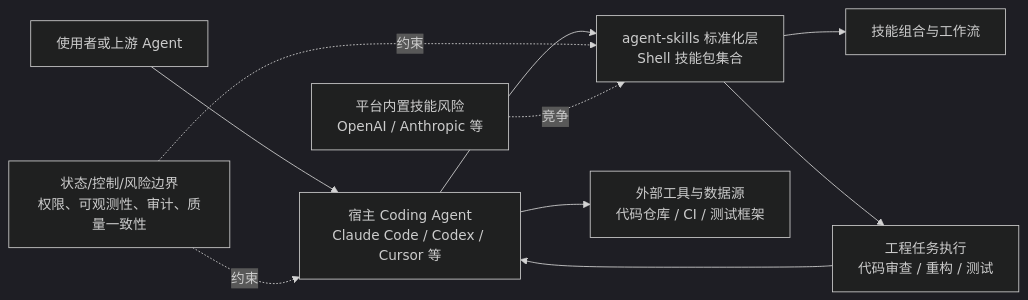
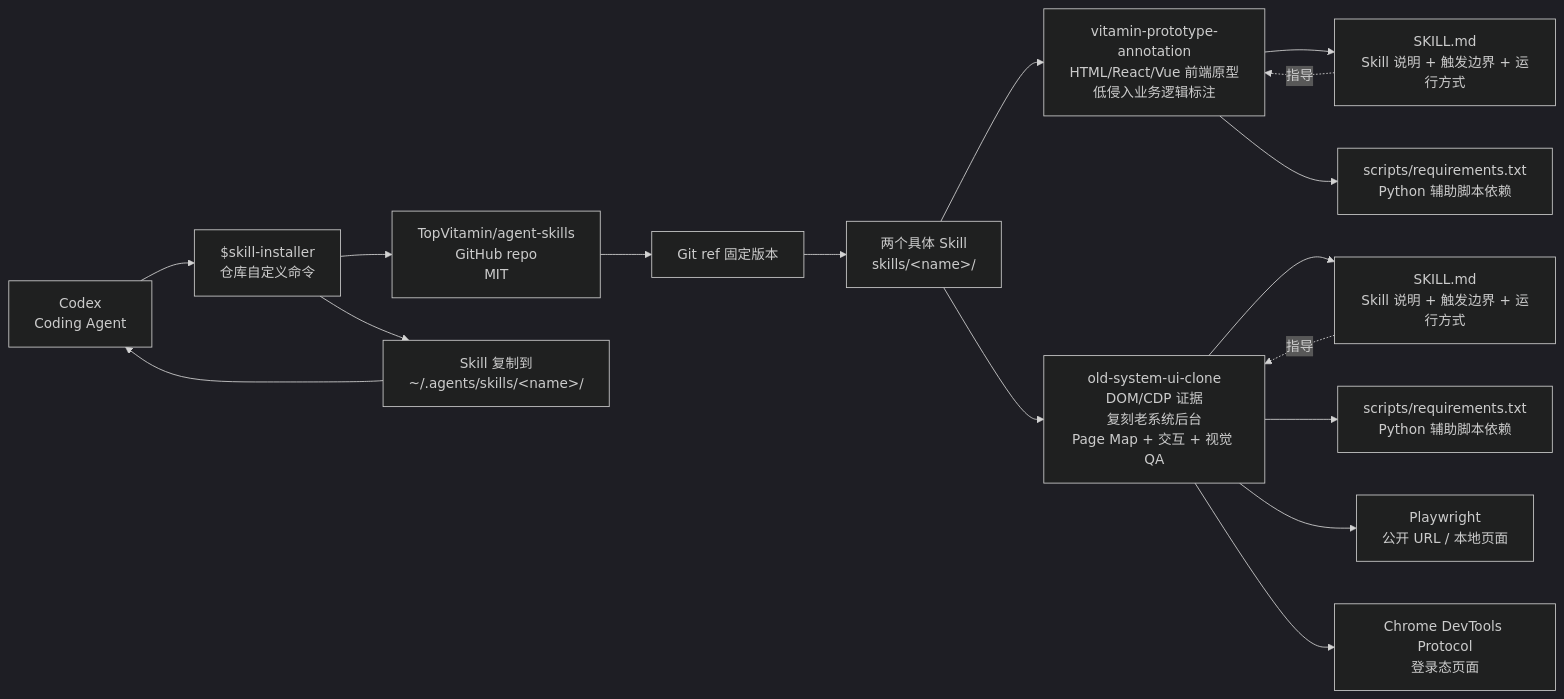
One commit to aiutil/github-researcher changed the diagram in projects/agent-skills.md. Above: the diagram before and after it, drawn with Mermaid (dark theme). The commit also changed other lines of this file and 27 other files, not shown here.

````diff
--- a/projects/agent-skills.md
+++ b/projects/agent-skills.md
@@ -55,12 +65,19 @@
 ```mermaid
 flowchart LR
-    U[使用者或上游 Agent] --> A[宿主 Coding Agent<br/>Claude Code / Codex / Cursor 等]
-    A --> B[agent-skills 标准化层<br/>Shell 技能包集合]
-    B --> S[技能组合与工作流]
-    B --> R[工程任务执行<br/>代码审查 / 重构 / 测试]
-    R --> A
-    A --> O[外部工具与数据源<br/>代码仓库 / CI / 测试框架]
-    X[状态/控制/风险边界<br/>权限、可观测性、审计、质量一致性] -.约束.-> B
-    X -.约束.-> A
-    Y[平台内置技能风险<br/>OpenAI / Anthropic 等] -.竞争.-> B
+  Codex[Codex<br/>Coding Agent] --> Installer[$skill-installer<br/>仓库自定义命令]
+  Installer --> Git[TopVitamin/agent-skills<br/>GitHub repo<br/>MIT]
+  Git --> Ref[Git ref 固定版本]
+  Ref --> Skills[两个具体 Skill<br/>skills/&lt;name&gt;/]
+  Skills --> Vit[vitamin-prototype-annotation<br/>HTML/React/Vue 前端原型<br/>低侵入业务逻辑标注]
+  Skills --> Clone[old-system-ui-clone<br/>DOM/CDP 证据<br/>复刻老系统后台<br/>Page Map + 交互 + 视觉 QA]
+  Vit --> SkillMd1[SKILL.md<br/>Skill 说明 + 触发边界 + 运行方式]
+  Clone --> SkillMd2[SKILL.md<br/>Skill 说明 + 触发边界 + 运行方式]
+  Vit --> Scripts1[scripts/requirements.txt<br/>Python 辅助脚本依赖]
+  Clone --> Scripts2[scripts/requirements.txt<br/>Python 辅助脚本依赖]
+  Clone --> PW[Playwright<br/>公开 URL / 本地页面]
+  Clone --> CDP[Chrome DevTools Protocol<br/>登录态页面]
+  Installer --> Install[Skill 复制到<br/>~/.agents/skills/&lt;name&gt;/]
+  Install --> Codex
+  SkillMd1 -.指导.-> Vit
+  SkillMd2 -.指导.-> Clone
 ```
````
